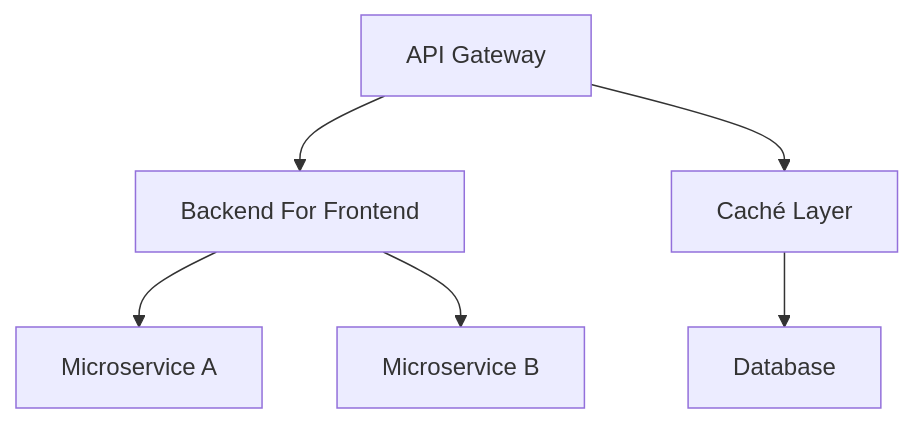
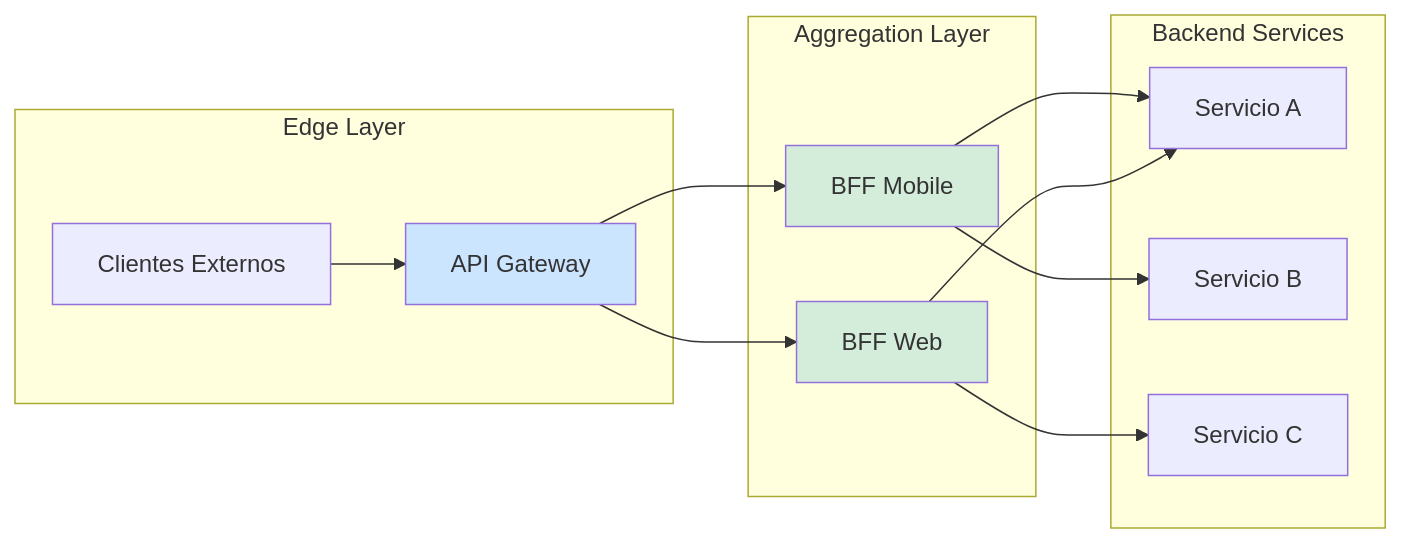
One commit to Joaquinriosheredia/DAM-Java-Mastery changed the second of 3 diagrams in _Review/api_gateway_y_backend_for_frontend_pattern/api_gateway_y_backend_for_frontend_pattern.md. Above: the diagram before and after it, drawn with Mermaid. The commit also changed other lines of this file, not shown here.

Commit message:
api_gateway_y_backend_for_frontend_pattern.md

````diff
--- a/_Review/api_gateway_y_backend_for_frontend_pattern/api_gateway_y_backend_for_frontend_pattern.md
+++ b/_Review/api_gateway_y_backend_for_frontend_pattern/api_gateway_y_backend_for_frontend_pattern.md
@@ -646,8 +142,30 @@
 ```mermaid
-graph TD
-A[API Gateway] --> B[Backend For Frontend]
-B --> C[Microservice A]
-B --> D[Microservice B]
-A --> E[Caché Layer]
-E --> F[Database]
+graph LR
+    subgraph "Edge Layer"
+        CLIENT[Clientes Externos]
+        GW[API Gateway]
+    end
+    
+    subgraph "Aggregation Layer"
+        BFF_MOBILE[BFF Mobile]
+        BFF_WEB[BFF Web]
+    end
+    
+    subgraph "Backend Services"
+        S1[Servicio A]
+        S2[Servicio B]
+        S3[Servicio C]
+    end
+    
+    CLIENT --> GW
+    GW --> BFF_MOBILE
+    GW --> BFF_WEB
+    BFF_MOBILE --> S1
+    BFF_MOBILE --> S2
+    BFF_WEB --> S1
+    BFF_WEB --> S3
+    
+    style GW fill:#cce5ff
+    style BFF_MOBILE fill:#d4edda
+    style BFF_WEB fill:#d4edda
 ```
````
